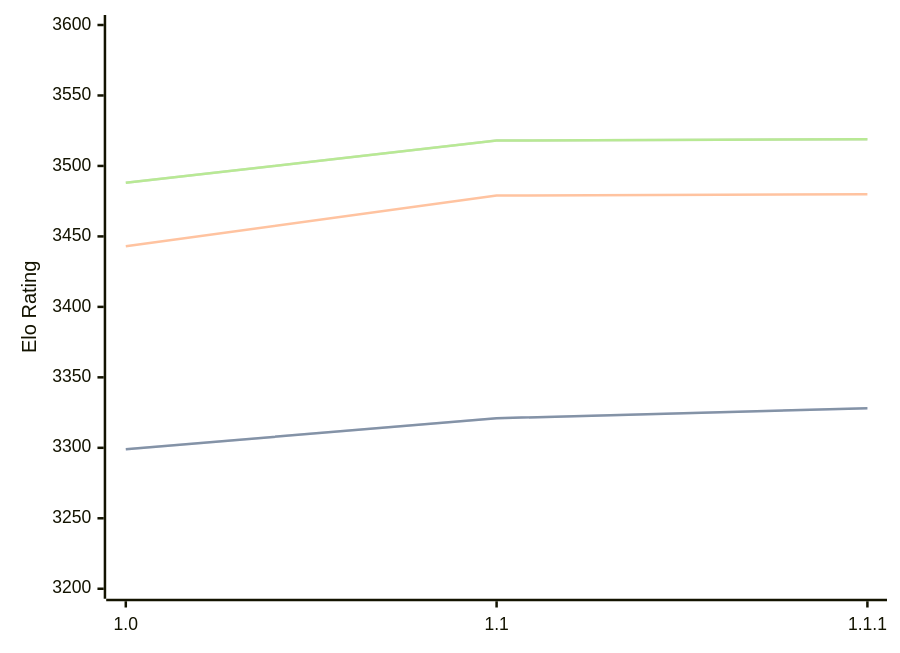
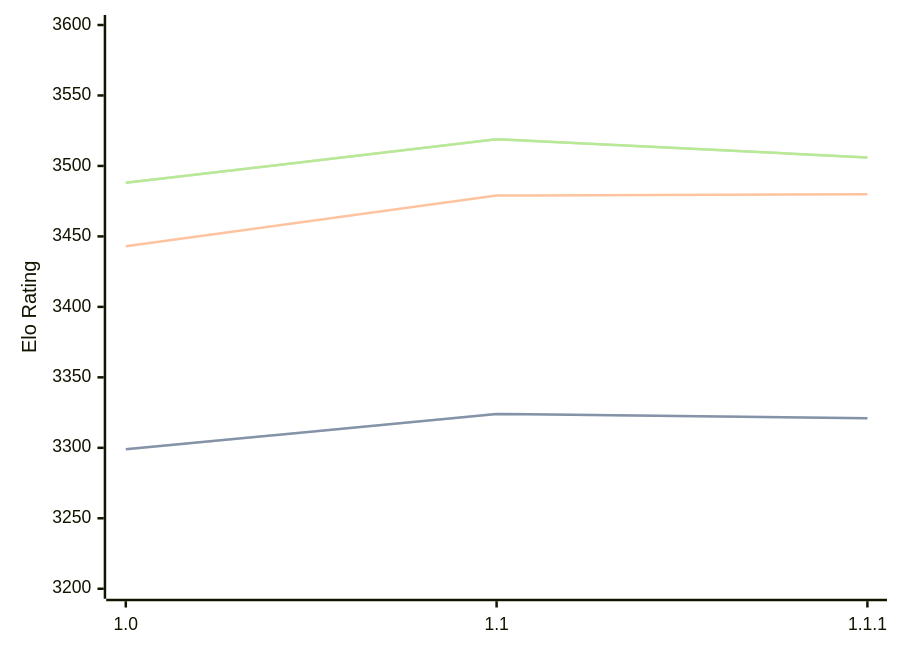
The diagram in engines/Icarus.md (computer-chess-index/cci), drawn with Mermaid before and after one commit. The commit also changed other lines of this file, not shown here.

Commit message:
Update CCI Ratings (ELO VLTC) - 2026-07-19

````diff
--- a/engines/Icarus.md
+++ b/engines/Icarus.md
@@ -33,11 +33,11 @@
 ```mermaid
 %%{init: {"theme":"base","themeVariables":{"seriesColors:['#a3a3a3','#222221','#faa371']}}}%%
 xychart-beta
   x-axis ["1.0", "1.1", "1.1.1"]
   y-axis "Elo Rating" 3200 --> 3600
-  line "STC (8.0+0.08s)" [3299, 3321, 3328]
-  line "STC (8.0+0.08s)" [3299, 3321, 3328]
+  line "STC (8.0+0.08s)" [3299, 3324, 3321]
+  line "STC (8.0+0.08s)" [3299, 3324, 3321]
   line "LTC (60.0+0.60s)" [3443, 3479, 3480]
-  line "VLTC (2m24s+1.12s)" [3488, 3518, 3519]
-  line "VLTC (2m24s+1.12s)" [3488, 3518, 3519]
+  line "VLTC (2m24s+1.12s)" [3488, 3519, 3506]
+  line "VLTC (2m24s+1.12s)" [3488, 3519, 3506]
 ```
````
